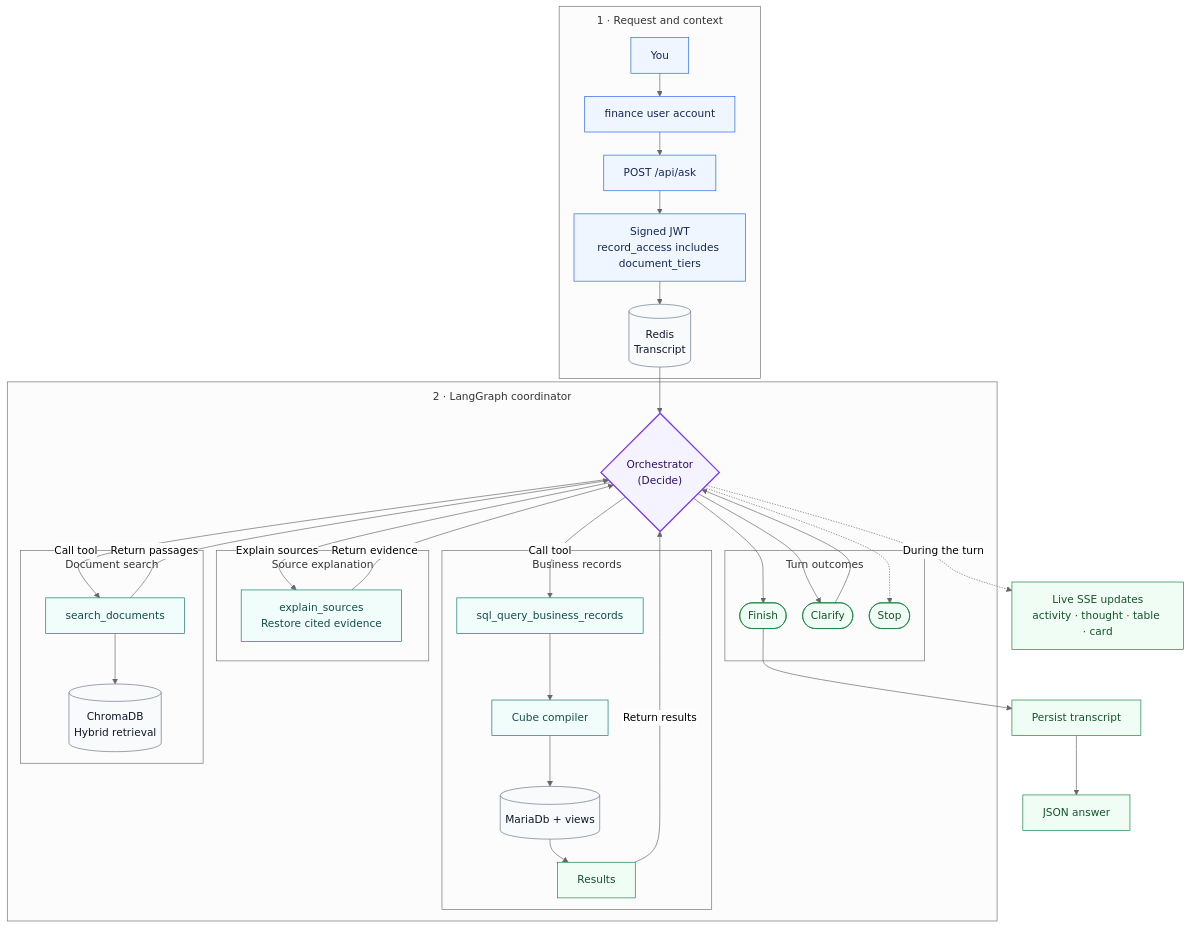
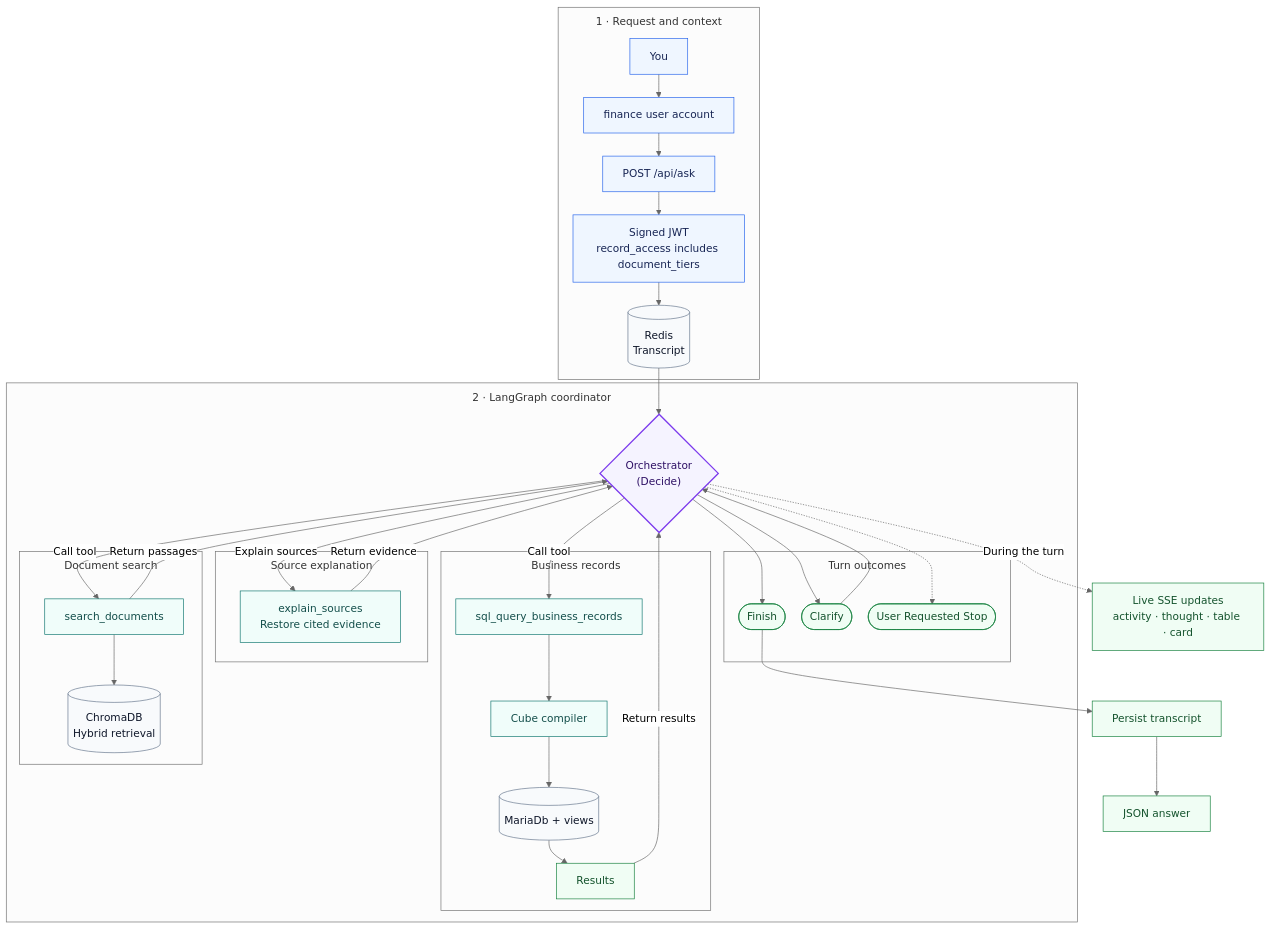
The first of 2 diagrams in README.md (abhaloo/mcp-assistant-demo), drawn with Mermaid before and after one commit.

Commit message:
docs: rename Stop to User Requested Stop

````diff
--- a/README.md
+++ b/README.md
@@ -17,71 +17,71 @@
 ```mermaid
 %%{init: {'theme': 'neutral', 'flowchart': {'nodeSpacing': 25, 'rankSpacing': 35, 'subGraphTitleMargin': {'top': 10, 'bottom': 20}}}}%%
 flowchart TB
   subgraph request["1 · Request and context"]
     you["You"] --> recCtx["finance user account"]
     recCtx --> api["POST /api/ask"]
     api --> jwt["Signed JWT<br/>record_access includes document_tiers"]
     jwt --> redis[("Redis<br/>Transcript")]
   end
 
   subgraph lg["2 · LangGraph coordinator"]
     decide{"Orchestrator<br/>(Decide)"}
 
     subgraph bqLine["Business records"]
       bqTool["sql_query_business_records"]
       cube["Cube compiler"]
       maria[("MariaDb + views")]
       results["Results"]
       bqTool --> cube --> maria --> results
     end
 
     subgraph docLine["Document search"]
       docTool["search_documents"]
       chroma[("ChromaDB<br/>Hybrid retrieval")]
       docTool --> chroma
     end
 
     subgraph sourceLine["Source explanation"]
       explain["explain_sources<br/>Restore cited evidence"]
     end
 
     decide -->|Call tool| bqTool
     decide -->|Call tool| docTool
     decide -->|Explain sources| explain
     results -->|Return results| decide
     docTool -->|Return passages| decide
     explain -->|Return evidence| decide
 
     subgraph outcomes["Turn outcomes"]
       finish(["Finish"])
       clarify(["Clarify"])
-      stop(["Stop"])
+      stop(["User Requested Stop"])
     end
     decide --> finish
     decide --> clarify
     decide -.-> stop
   end
 
   redis --> decide
 
   %% Response: streaming updates and the final answer
     sse["Live SSE updates<br/>activity · thought · table · card"]
     persist["Persist transcript"]
     json["JSON answer"]
     persist --> json
 
   decide -.->|During the turn| sse
   finish --> persist
   clarify --> decide
 
   classDef entry fill:#eff6ff,stroke:#2563eb,color:#172554
   classDef coordinator fill:#f5f3ff,stroke:#7c3aed,color:#2e1065,stroke-width:2px
   classDef tool fill:#f0fdfa,stroke:#0f766e,color:#134e4a
   classDef storage fill:#f8fafc,stroke:#64748b,color:#0f172a
   classDef output fill:#f0fdf4,stroke:#15803d,color:#14532d
   class you,recCtx,api,jwt entry
   class decide coordinator
   class bqTool,docTool,explain,cube tool
   class redis,maria,chroma storage
   class finish,clarify,stop,sse,persist,json,results output
 ```
````
